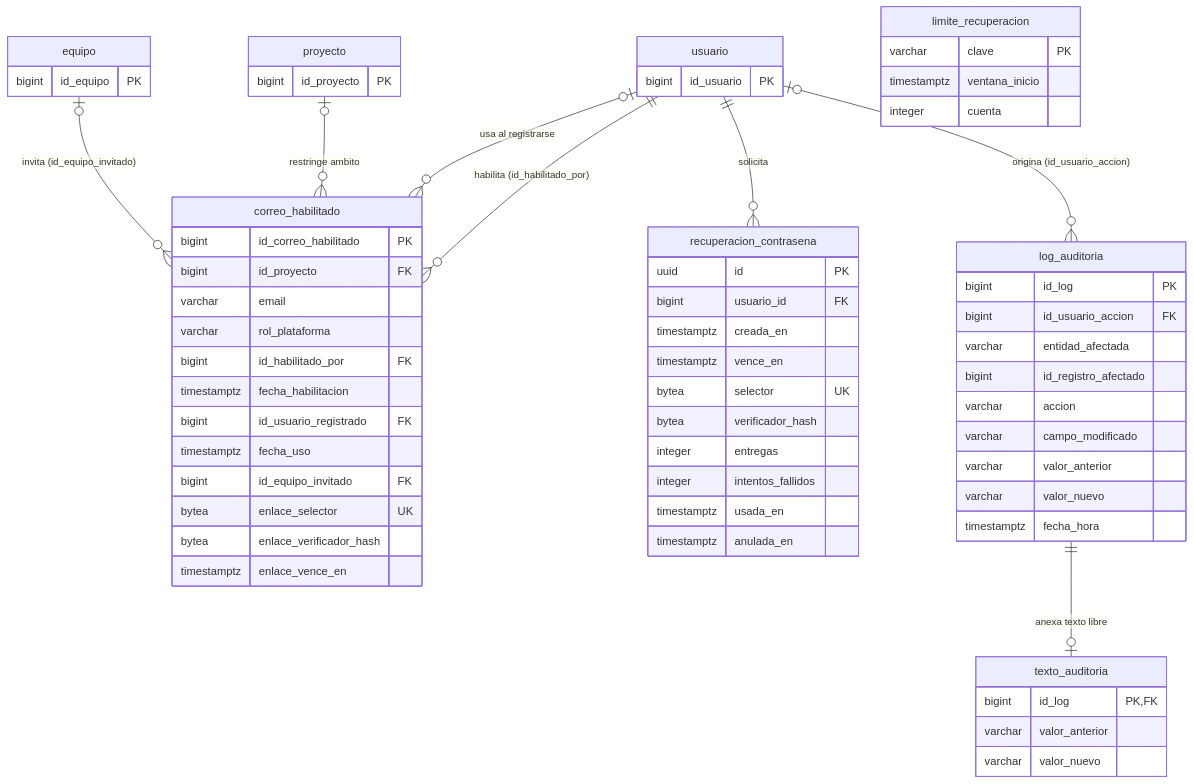
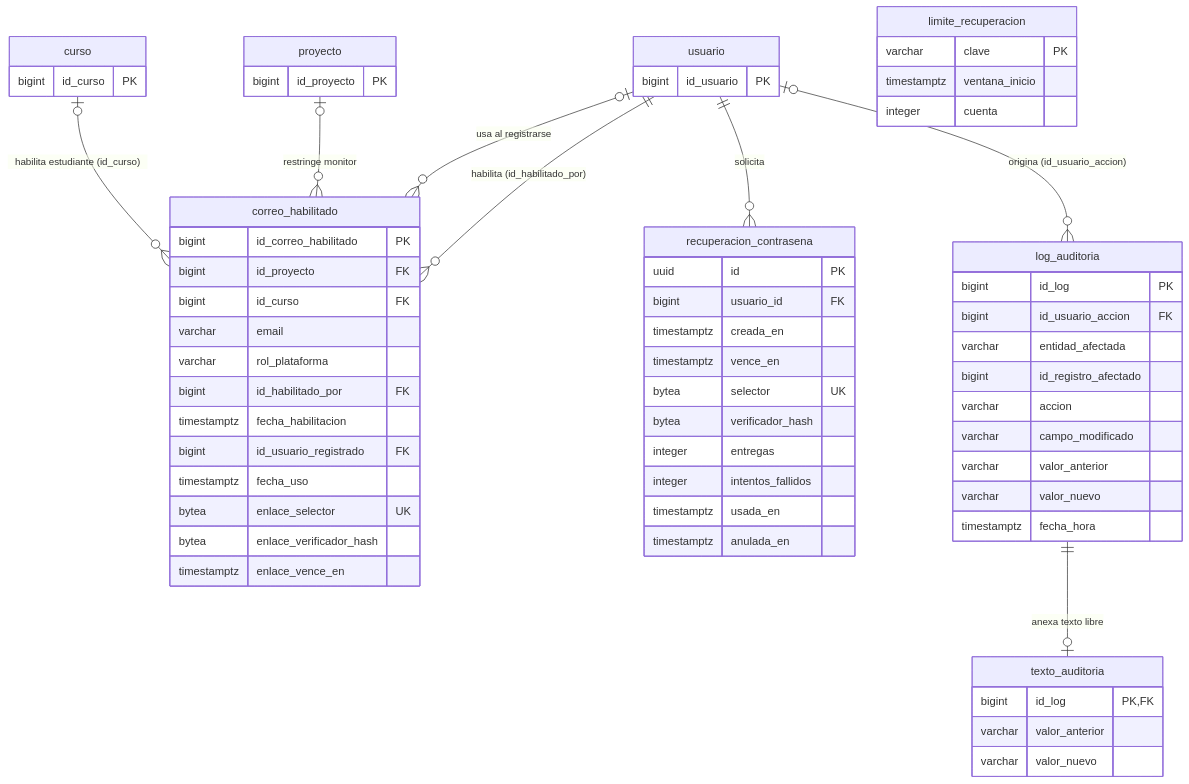
Before and after one commit to JDriveBB/UniProject-2: the fifth of 7 diagrams in documentacion/diseno/04-modelo-datos.md, drawn with Mermaid. The commit also changed other lines of this file and 11 other files, not shown here.

````diff
--- a/documentacion/diseno/04-modelo-datos.md
+++ b/documentacion/diseno/04-modelo-datos.md
@@ -302,74 +368,74 @@
 ```mermaid
 erDiagram
     usuario {
         bigint id_usuario PK
     }
 
     proyecto {
         bigint id_proyecto PK
     }
 
-    equipo {
-        bigint id_equipo PK
+    curso {
+        bigint id_curso PK
     }
 
     correo_habilitado {
         bigint id_correo_habilitado PK
         bigint id_proyecto FK
+        bigint id_curso FK
         varchar email
         varchar rol_plataforma
         bigint id_habilitado_por FK
         timestamptz fecha_habilitacion
         bigint id_usuario_registrado FK
         timestamptz fecha_uso
-        bigint id_equipo_invitado FK
         bytea enlace_selector UK
         bytea enlace_verificador_hash
         timestamptz enlace_vence_en
     }
 
     recuperacion_contrasena {
         uuid id PK
         bigint usuario_id FK
         timestamptz creada_en
         timestamptz vence_en
         bytea selector UK
         bytea verificador_hash
         integer entregas
         integer intentos_fallidos
         timestamptz usada_en
         timestamptz anulada_en
     }
 
     limite_recuperacion {
         varchar clave PK
         timestamptz ventana_inicio
         integer cuenta
     }
 
     log_auditoria {
         bigint id_log PK
         bigint id_usuario_accion FK
         varchar entidad_afectada
         bigint id_registro_afectado
         varchar accion
         varchar campo_modificado
         varchar valor_anterior
         varchar valor_nuevo
         timestamptz fecha_hora
     }
 
     texto_auditoria {
         bigint id_log PK,FK
         varchar valor_anterior
         varchar valor_nuevo
     }
 
     usuario ||--o{ correo_habilitado : "habilita (id_habilitado_por)"
     usuario |o--o{ correo_habilitado : "usa al registrarse"
-    proyecto |o--o{ correo_habilitado : "restringe ambito"
-    equipo |o--o{ correo_habilitado : "invita (id_equipo_invitado)"
+    proyecto |o--o{ correo_habilitado : "restringe monitor"
+    curso |o--o{ correo_habilitado : "habilita estudiante (id_curso)"
     usuario ||--o{ recuperacion_contrasena : "solicita"
     usuario |o--o{ log_auditoria : "origina (id_usuario_accion)"
     log_auditoria ||--o| texto_auditoria : "anexa texto libre"
 ```
````
